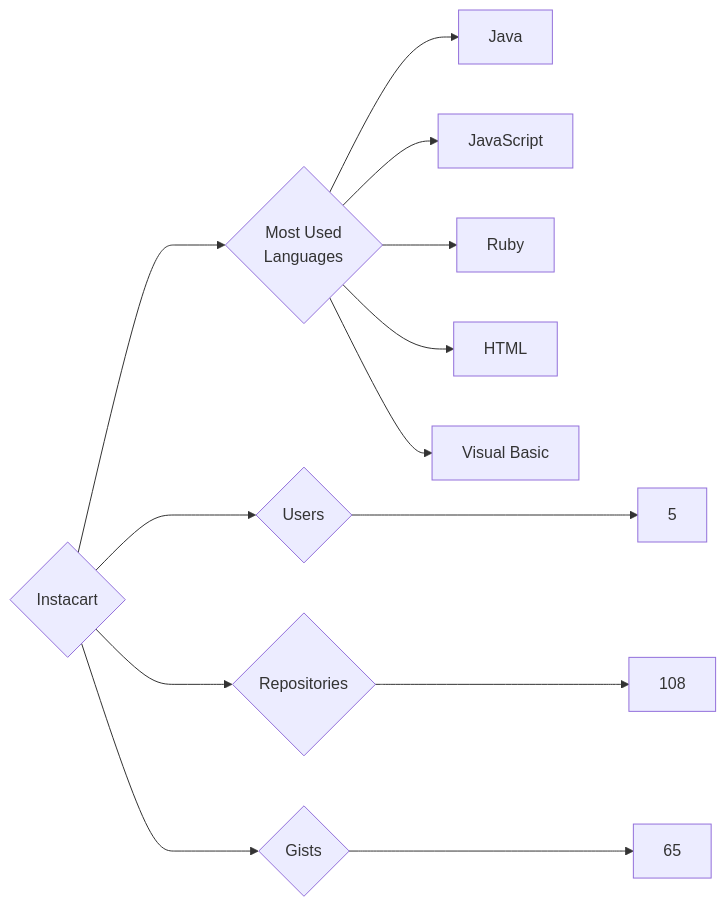
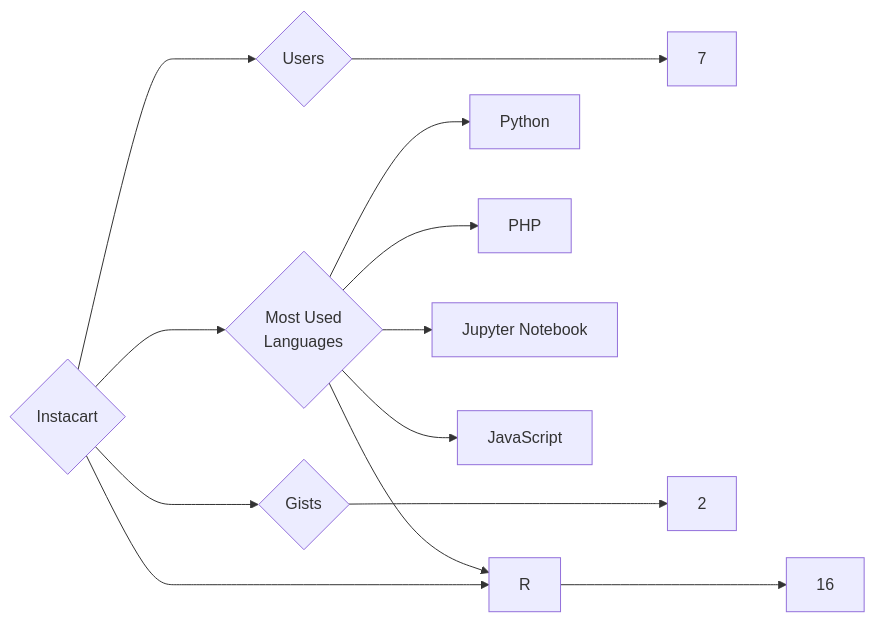
Before and after one commit to trickest/insiders: the diagram in targets/Instacart/README.md, drawn with Mermaid. The commit also changed 1141 other files, not shown here.

````diff
--- a/targets/Instacart/README.md
+++ b/targets/Instacart/README.md
@@ -3,13 +3,13 @@
 ```mermaid
 graph LR
 COMPANY_NAME{Instacart}
-COMPANY_NAME ---> U{Users} ---> UN[5]
-COMPANY_NAME ---> R{Repositories} ---> RN[108]
-COMPANY_NAME ---> G{Gists} ---> GN[65]
+COMPANY_NAME ---> U{Users} ---> UN[7]
+COMPANY_NAME ---> R{Repositories} ---> RN[16]
+COMPANY_NAME ---> G{Gists} ---> GN[2]
 COMPANY_NAME ---> ML{Most Used<br>Languages}
-ML --> Java[Java]
+ML --> Python[Python]
+ML --> PHP[PHP]
+ML --> Jupyter_Notebook[Jupyter Notebook]
+ML --> R[R]
 ML --> JavaScript[JavaScript]
-ML --> Ruby[Ruby]
-ML --> HTML[HTML]
-ML --> Visual_Basic[Visual Basic]
 ```
````
